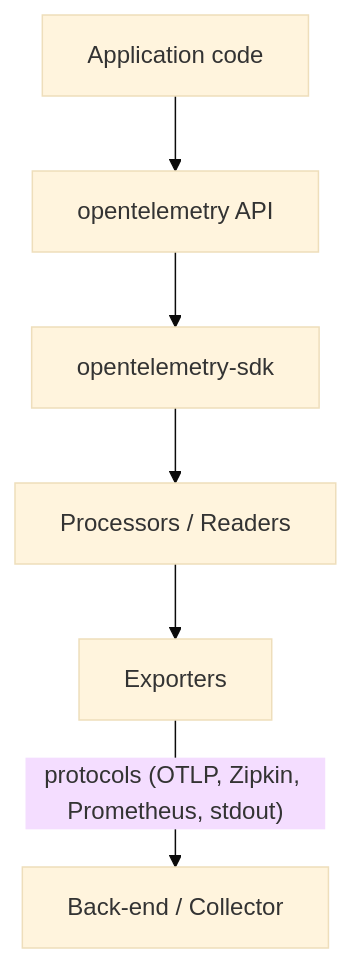
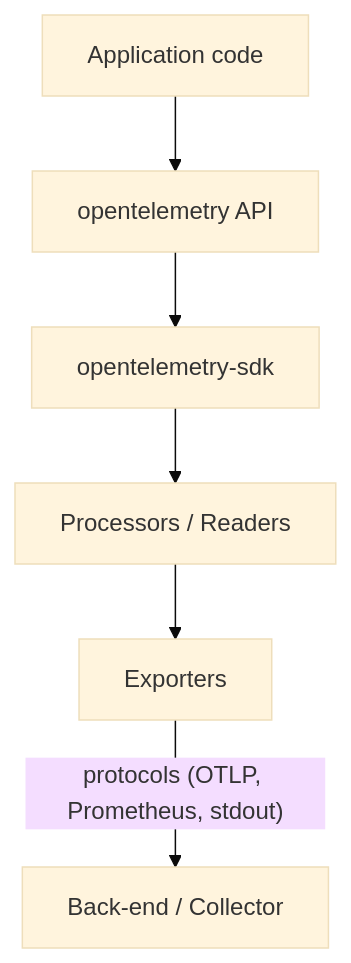
Before and after one commit to open-telemetry/opentelemetry-rust: the diagram in docs/design/architecture.md, drawn with Mermaid (base theme). The commit also changed 24 other files, not shown here.

````diff
--- a/docs/design/architecture.md
+++ b/docs/design/architecture.md
@@ -12,8 +12,8 @@
 ```mermaid
 graph TD
     A[Application code] --> B[opentelemetry API]
     B --> C[opentelemetry-sdk]
     C --> D[Processors / Readers]
     D --> E[Exporters]
-    E -->|"protocols (OTLP, Zipkin, Prometheus, stdout)"| F[Back-end / Collector]
+    E -->|"protocols (OTLP, Prometheus, stdout)"| F[Back-end / Collector]
 ```
````
